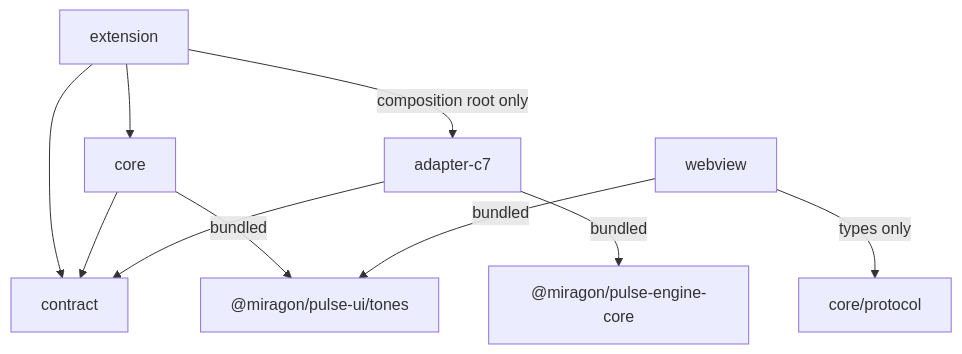
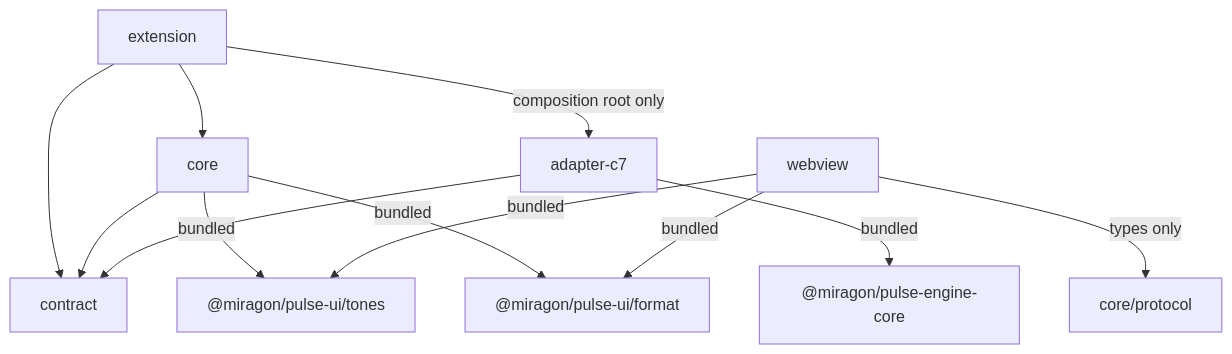
Before and after one commit to Miragon/pulse: the third of 7 diagrams in apps/vscode/docs/architecture-overview.md, drawn with Mermaid. The commit also changed other lines of this file and 86 other files, not shown here.

````diff
--- a/apps/vscode/docs/architecture-overview.md
+++ b/apps/vscode/docs/architecture-overview.md
@@ -127,12 +127,14 @@
 ```mermaid
 flowchart TB
   extension --> core
   extension --> contract
   extension -- composition root only --> adapterC7[adapter-c7]
   core --> contract
   webview -- types only --> protocol[core/protocol]
   adapterC7 --> contract
   adapterC7 -- bundled --> engineCore["@miragon/pulse-engine-core"]
   core -- bundled --> tones["@miragon/pulse-ui/tones"]
   webview -- bundled --> tones
+  core -- bundled --> format["@miragon/pulse-ui/format"]
+  webview -- bundled --> format
 ```
````
